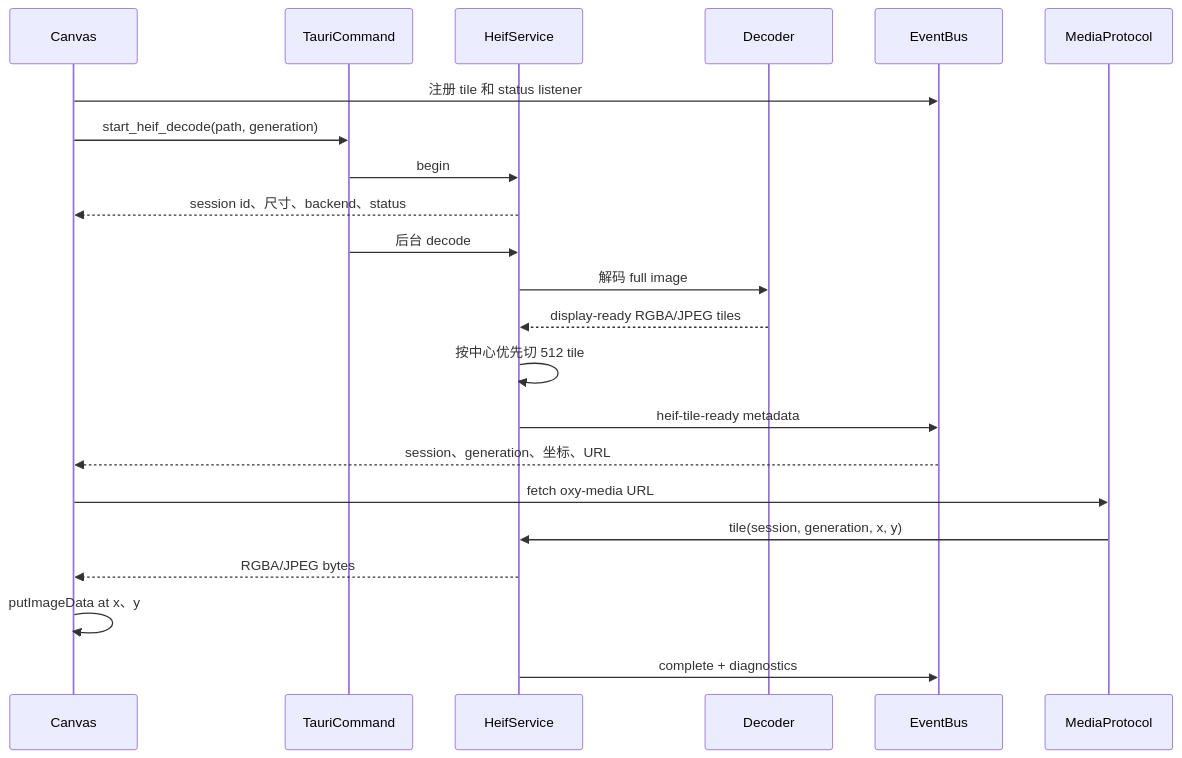
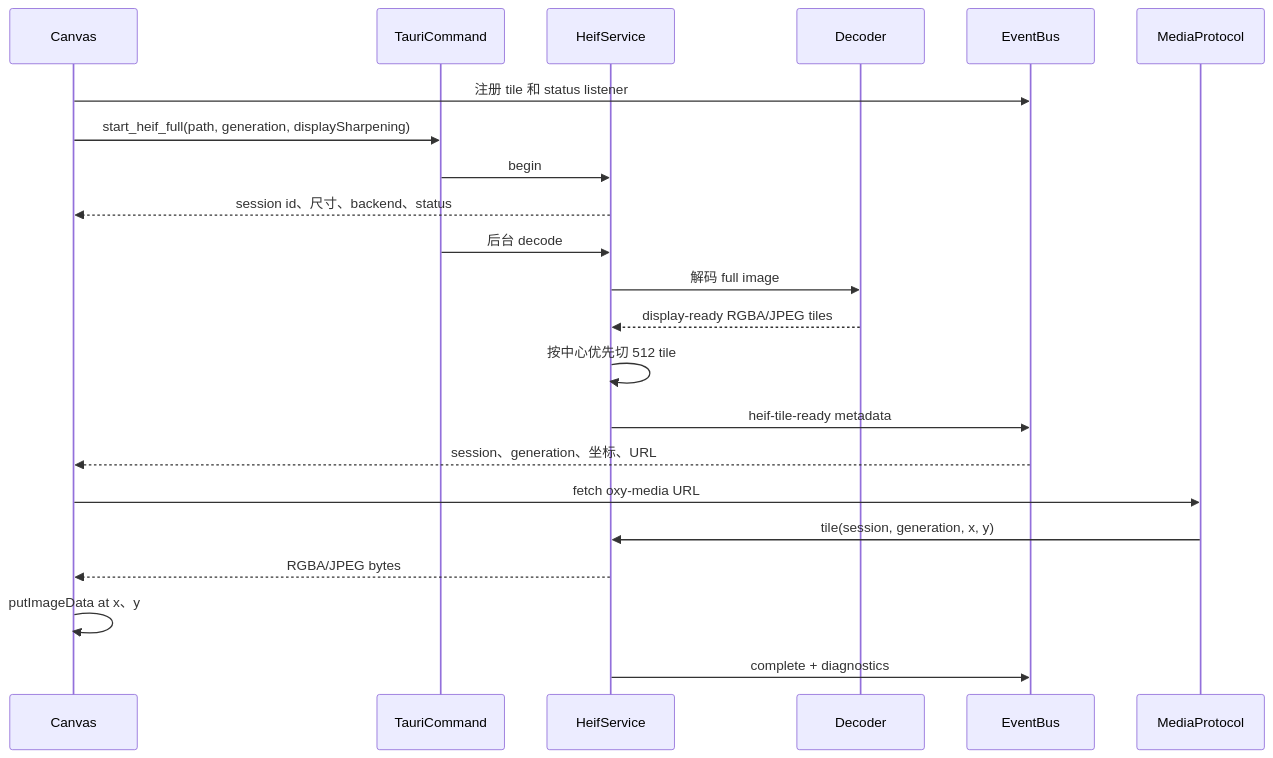
One commit to oxygenkun/oxyviewer changed the second of 4 diagrams in docs/architecture/04-heif-tile-session.md. Above: the diagram before and after it, drawn with Mermaid. The commit also changed other lines of this file and 53 other files, not shown here.

````diff
--- a/docs/architecture/04-heif-tile-session.md
+++ b/docs/architecture/04-heif-tile-session.md
@@ -77,25 +76,25 @@
 ```mermaid
 sequenceDiagram
     participant Canvas
     participant TauriCommand
     participant HeifService
     participant Decoder
     participant EventBus
     participant MediaProtocol
 
     Canvas->>EventBus: 注册 tile 和 status listener
-    Canvas->>TauriCommand: start_heif_decode(path, generation)
+    Canvas->>TauriCommand: start_heif_full(path, generation, displaySharpening)
     TauriCommand->>HeifService: begin
     HeifService-->>Canvas: session id、尺寸、backend、status
     TauriCommand->>HeifService: 后台 decode
     HeifService->>Decoder: 解码 full image
     Decoder-->>HeifService: display-ready RGBA/JPEG tiles
     HeifService->>HeifService: 按中心优先切 512 tile
     HeifService->>EventBus: heif-tile-ready metadata
     EventBus-->>Canvas: session、generation、坐标、URL
     Canvas->>MediaProtocol: fetch oxy-media URL
     MediaProtocol->>HeifService: tile(session, generation, x, y)
     HeifService-->>Canvas: RGBA/JPEG bytes
     Canvas->>Canvas: putImageData at x、y
     HeifService->>EventBus: complete + diagnostics
 ```
````
